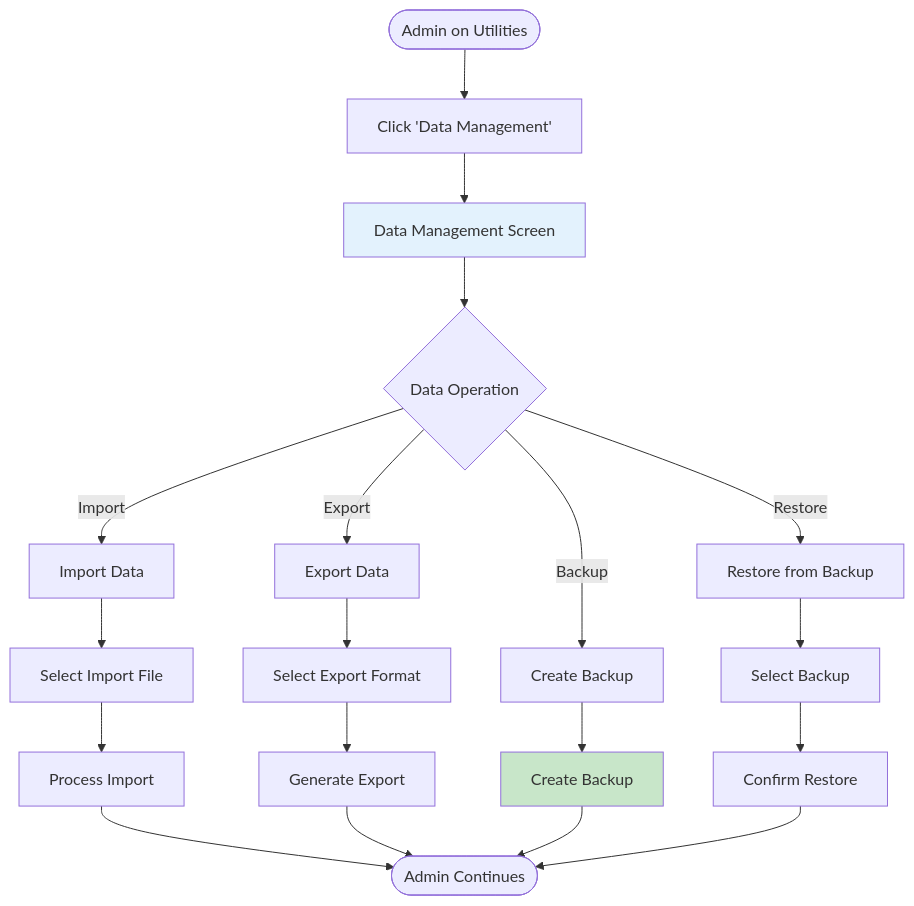
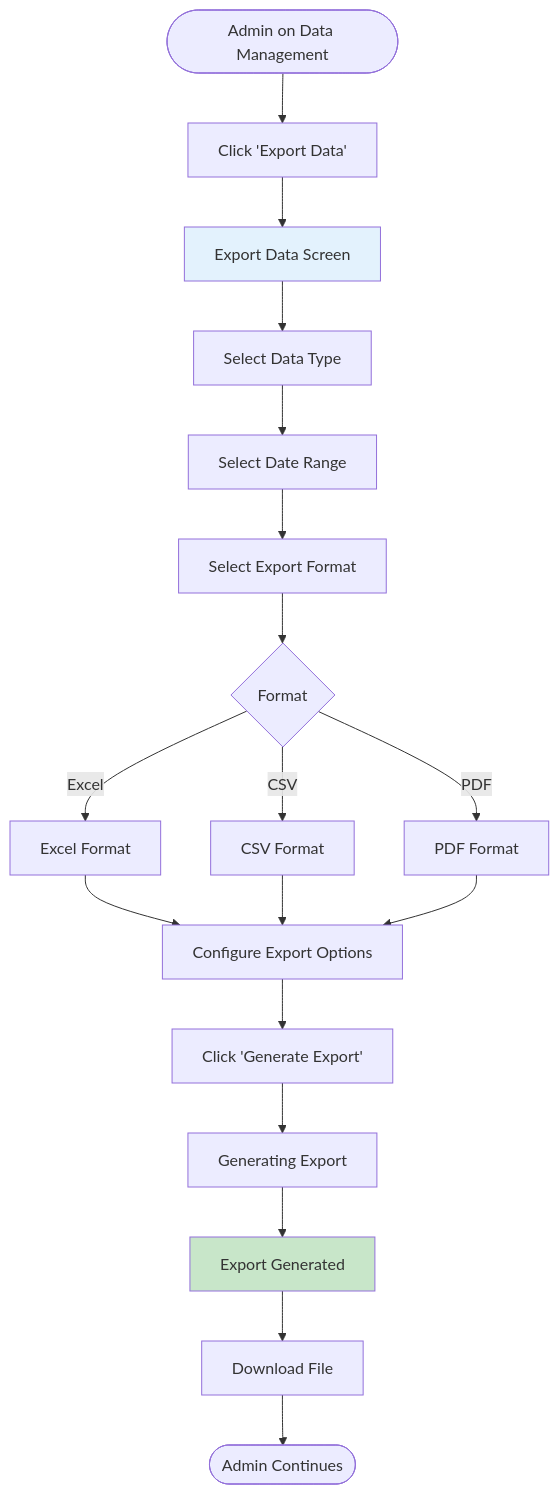
One commit to Armaan42/fee_management changed the tenth of 16 diagrams in docs/modules/10-utilities-settings/USER_FLOWS.md. Above: the diagram before and after it, drawn with Mermaid. The commit also changed other lines of this file and 2 other files, not shown here.

````diff
--- a/docs/modules/10-utilities-settings/USER_FLOWS.md
+++ b/docs/modules/10-utilities-settings/USER_FLOWS.md
@@ -94,30 +444,30 @@
 ```mermaid
 flowchart TD
-    Start([Admin on Utilities]) --> ClickData[Click 'Data Management']
-    ClickData --> DataScreen[Data Management Screen]
+    Start([Admin on Data Management]) --> ClickExport[Click 'Export Data']
+    ClickExport --> ExportScreen[Export Data Screen]
     
-    DataScreen --> DataChoice{Data Operation}
+    ExportScreen --> SelectDataType[Select Data Type]
+    SelectDataType --> SelectDateRange[Select Date Range]
     
-    DataChoice -->|Import| ImportData[Import Data]
-    DataChoice -->|Export| ExportData[Export Data]
-    DataChoice -->|Backup| BackupData[Create Backup]
-    DataChoice -->|Restore| RestoreData[Restore from Backup]
+    SelectDateRange --> SelectFormat[Select Export Format]
+    SelectFormat --> FormatChoice{Format}
     
-    ImportData --> SelectFile[Select Import File]
-    SelectFile --> ProcessImport[Process Import]
-    ProcessImport --> End([Admin Continues])
+    FormatChoice -->|Excel| ExcelFormat[Excel Format]
+    FormatChoice -->|CSV| CSVFormat[CSV Format]
+    FormatChoice -->|PDF| PDFFormat[PDF Format]
     
-    ExportData --> SelectFormat[Select Export Format]
-    SelectFormat --> GenerateExport[Generate Export]
-    GenerateExport --> End
+    ExcelFormat --> ConfigureExport[Configure Export Options]
+    CSVFormat --> ConfigureExport
+    PDFFormat --> ConfigureExport
     
-    BackupData --> CreateBackup[Create Backup]
-    CreateBackup --> End
+    ConfigureExport --> ClickGenerate[Click 'Generate Export']
+    ClickGenerate --> ProcessingState[Generating Export]
     
-    RestoreData --> SelectBackup[Select Backup]
-    SelectBackup --> ConfirmRestore[Confirm Restore]
-    ConfirmRestore --> End
+    ProcessingState --> ExportGenerated[Export Generated]
+    ExportGenerated --> DownloadFile[Download File]
     
-    style DataScreen fill:#e3f2fd
-    style CreateBackup fill:#c8e6c9
+    DownloadFile --> End([Admin Continues])
+    
+    style ExportScreen fill:#e3f2fd
+    style ExportGenerated fill:#c8e6c9
 ```
````
